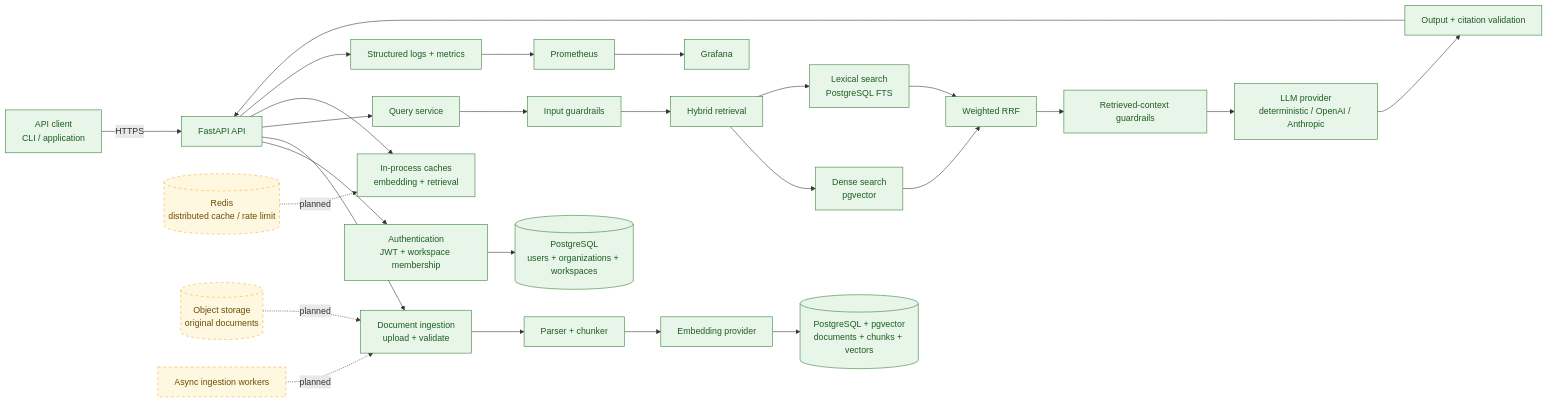
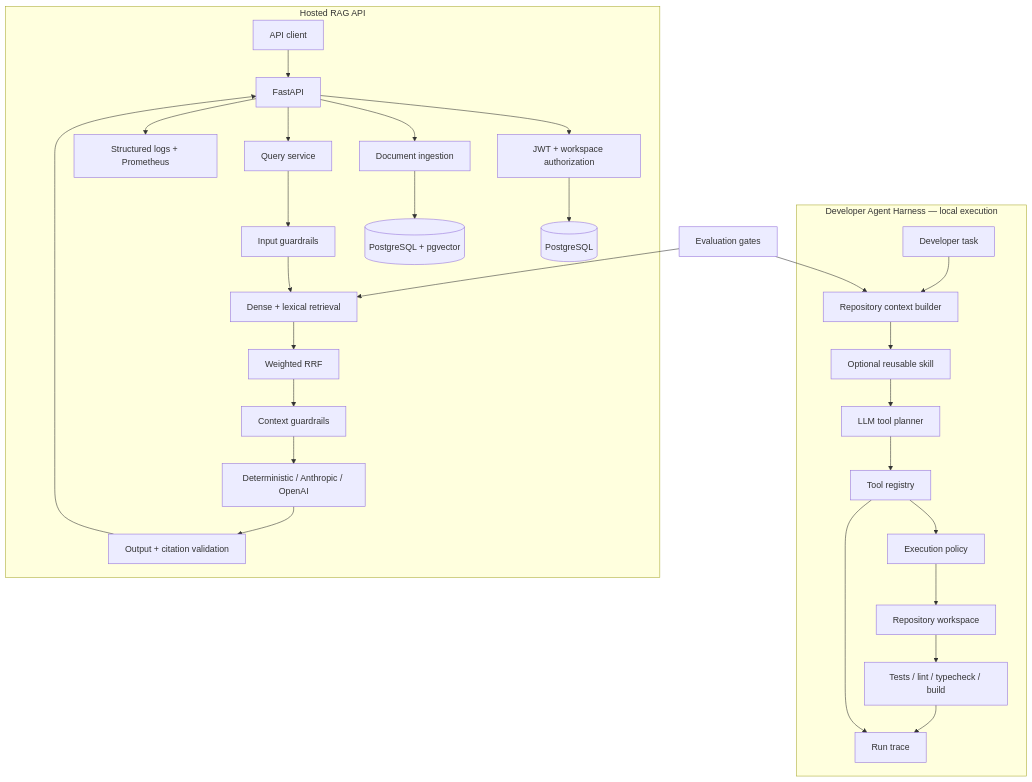
The diagram in README.md (FarnazNK/rag-agent), drawn with Mermaid before and after one commit. The commit also changed other lines of this file and 22 other files, not shown here.

First line of the commit message:
Add policy-controlled developer agent harness

````diff
--- a/README.md
+++ b/README.md
@@ -48,41 +59,34 @@
 ```mermaid
-flowchart LR
-    client["API client<br/>CLI / application"] -->|HTTPS| api["FastAPI API"]
+flowchart TB
+    subgraph DeveloperAgent["Developer Agent Harness — local execution"]
+        task["Developer task"] --> context["Repository context builder"]
+        context --> skill["Optional reusable skill"]
+        skill --> planner["LLM tool planner"]
+        planner --> registry["Tool registry"]
+        registry --> policy["Execution policy"]
+        policy --> repo["Repository workspace"]
+        repo --> verify["Tests / lint / typecheck / build"]
+        registry --> trace["Run trace"]
+        verify --> trace
+    end
 
-    api --> auth["Authentication<br/>JWT + workspace membership"]
-    auth --> postgres[("PostgreSQL<br/>users + organizations + workspaces")]
+    subgraph RAG["Hosted RAG API"]
+        client["API client"] --> api["FastAPI"]
+        api --> auth["JWT + workspace authorization"]
+        auth --> postgres[("PostgreSQL")]
+        api --> ingest["Document ingestion"]
+        ingest --> vector[("PostgreSQL + pgvector")]
+        api --> query["Query service"]
+        query --> guardIn["Input guardrails"]
+        guardIn --> retrieval["Dense + lexical retrieval"]
+        retrieval --> fusion["Weighted RRF"]
+        fusion --> guardContext["Context guardrails"]
+        guardContext --> llm["Deterministic / Anthropic / OpenAI"]
+        llm --> guardOut["Output + citation validation"]
+        guardOut --> api
+        api --> metrics["Structured logs + Prometheus"]
+    end
 
-    api --> ingest["Document ingestion<br/>upload + validate"]
-    ingest --> parser["Parser + chunker"]
-    parser --> embeddings["Embedding provider"]
-    embeddings --> vector[("PostgreSQL + pgvector<br/>documents + chunks + vectors")]
-
-    api --> query["Query service"]
-    query --> inputguard["Input guardrails"]
-    inputguard --> retrieval["Hybrid retrieval"]
-
-    retrieval --> dense["Dense search<br/>pgvector"]
-    retrieval --> lexical["Lexical search<br/>PostgreSQL FTS"]
-    dense --> fusion["Weighted RRF"]
-    lexical --> fusion
-
-    fusion --> contextguard["Retrieved-context guardrails"]
-    contextguard --> llm["LLM provider<br/>deterministic / OpenAI / Anthropic"]
-    llm --> outputguard["Output + citation validation"]
-    outputguard --> api
-
-    api --> cache["In-process caches<br/>embedding + retrieval"]
-    api --> metrics["Structured logs + metrics"]
-    metrics --> prometheus["Prometheus"]
-    prometheus --> grafana["Grafana"]
-
-    redis[("Redis<br/>distributed cache / rate limit")] -. planned .-> cache
-    objectstore[("Object storage<br/>original documents")] -. planned .-> ingest
-    workers["Async ingestion workers"] -. planned .-> ingest
-
-    classDef current fill:#e8f5e9,stroke:#2e7d32,color:#1b5e20
-    classDef planned fill:#fff8e1,stroke:#f9a825,color:#6d4c00,stroke-dasharray: 5 5
-
-    class client,api,auth,postgres,ingest,parser,embeddings,vector,query,inputguard,retrieval,dense,lexical,fusion,contextguard,llm,outputguard,cache,metrics,prometheus,grafana current
-    class redis,objectstore,workers planned
+    evals["Evaluation gates"] --> context
+    evals --> retrieval
 ```
````
